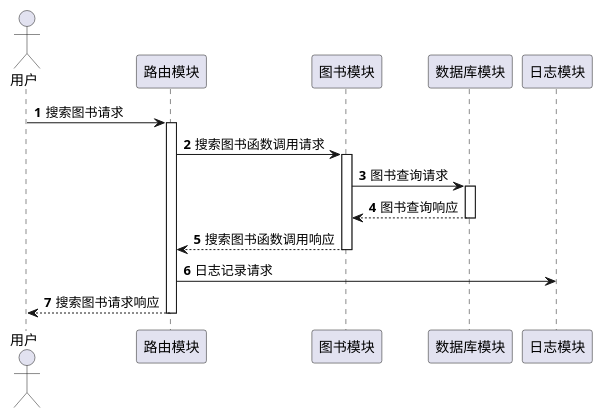
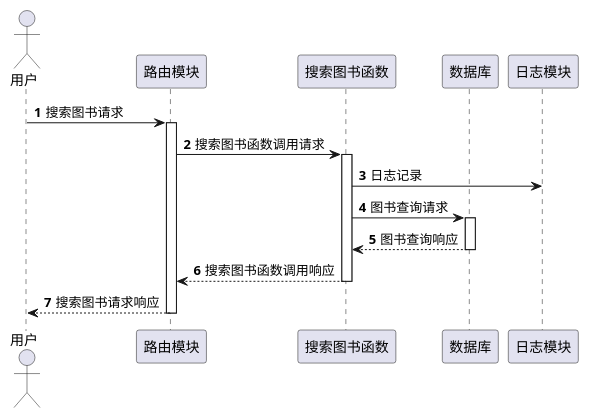
Before and after one commit to zouyonghe/High-Performance-Online-Bookstore: the diagram in uml/searchBook.puml, drawn with PlantUML. The commit also changed 34 other files, not shown here.

Commit message:
Add: uml png

```diff
--- a/uml/searchBook.puml
+++ b/uml/searchBook.puml
@@ -1,22 +1,23 @@
 @startuml
 'https://plantuml.com/sequence-diagram
 
 autonumber
 
 actor 用户 as general
 participant 路由模块 as router
-participant 图书模块 as book
-participant 数据库模块 as database
+participant 搜索图书函数 as book
+participant 数据库 as database
 participant 日志模块 as log
 
 
 general -> router++ : 搜索图书请求
 router -> book ++: 搜索图书函数调用请求
+book -> log : 日志记录
 book -> database ++: 图书查询请求
 database --> book --: 图书查询响应
 book --> router --: 搜索图书函数调用响应
-router -> log : 日志记录请求
+
 router --> general --: 搜索图书请求响应
 
 
 @enduml
```
